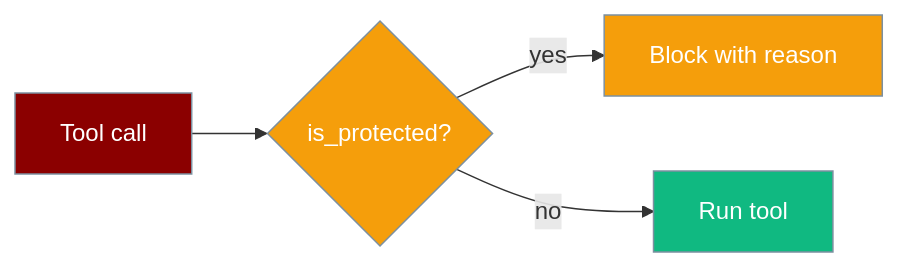
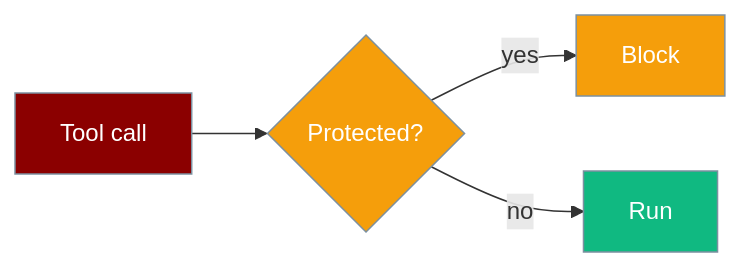
The diagram in docs/features/protected-paths.mdx (MervinPraison/PraisonAIDocs), drawn with Mermaid before and after one commit. The commit also changed other lines of this file and 4 other files, not shown here.

````diff
--- a/docs/features/protected-paths.mdx
+++ b/docs/features/protected-paths.mdx
@@ -10,15 +24,14 @@
 ```mermaid
 graph LR
-    T[Tool call] --> C{is_protected?}
-    C -->|yes| B[Block with reason]
-    C -->|no| R[Run tool]
+    T[Tool call] --> C{Protected?}
+    C -->|yes| B[Block]
+    C -->|no| R[Run]
 
     classDef agent fill:#8B0000,stroke:#7C90A0,color:#fff
     classDef gate fill:#F59E0B,stroke:#7C90A0,color:#fff
     classDef ok fill:#10B981,stroke:#7C90A0,color:#fff
 
     class T agent
-    class C gate
-    class B gate
+    class C,B gate
     class R ok
 ```
````
